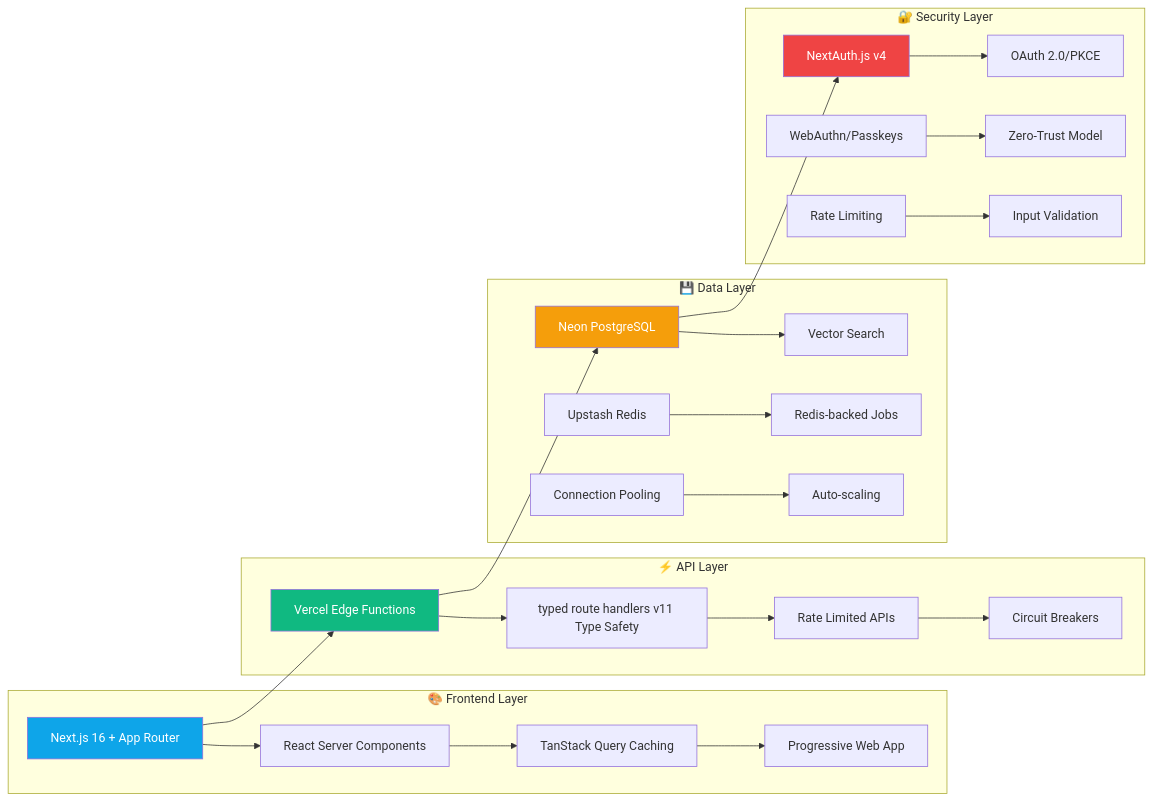
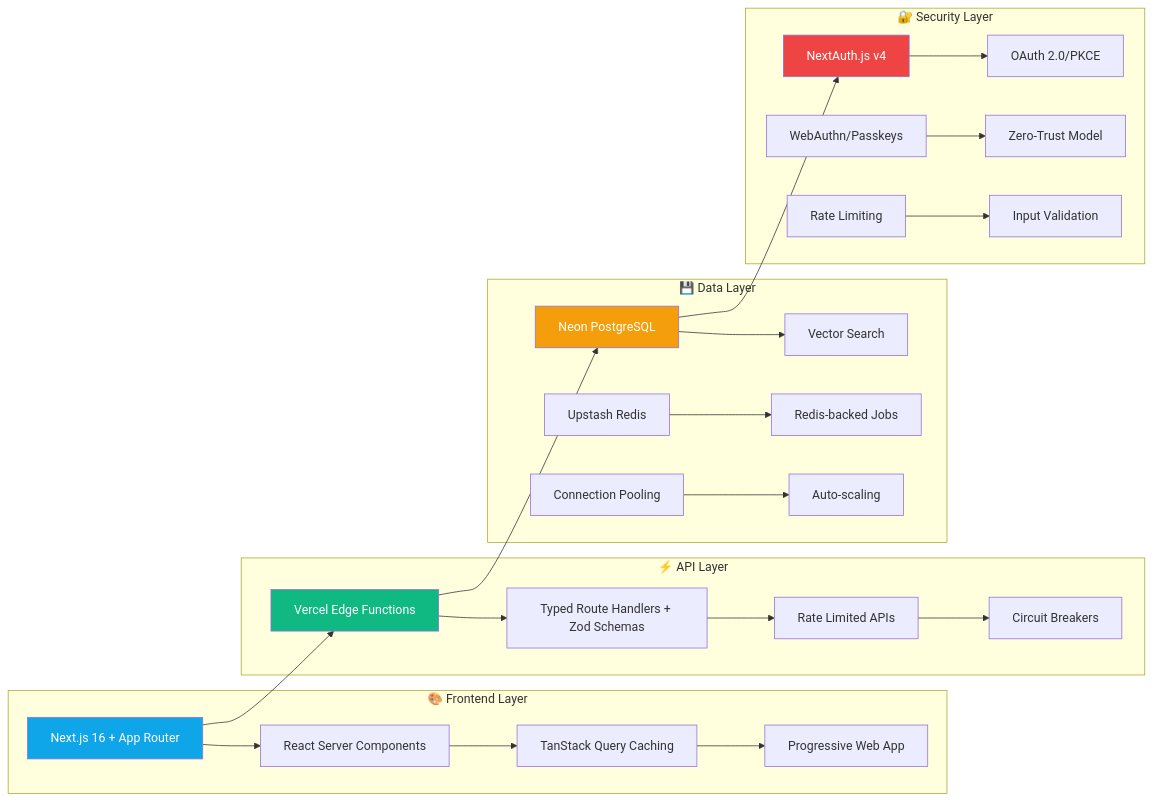
Before and after one commit to BjornMelin/contribux: the second of 4 diagrams in docs/executive-summary.md, drawn with Mermaid. The commit also changed other lines of this file and 17 other files, not shown here.

````diff
--- a/docs/executive-summary.md
+++ b/docs/executive-summary.md
@@ -66,35 +67,35 @@
 ```mermaid
 graph LR
     subgraph "🎨 Frontend Layer"
         A[Next.js 16 + App Router] --> B[React Server Components]
         B --> C[TanStack Query Caching]
         C --> D[Progressive Web App]
     end
     
     subgraph "⚡ API Layer"
-        E[Vercel Edge Functions] --> F[typed route handlers v11 Type Safety]
+        E[Vercel Edge Functions] --> F[Typed Route Handlers + Zod Schemas]
         F --> G[Rate Limited APIs]
         G --> H[Circuit Breakers]
     end
     
     subgraph "💾 Data Layer"
         I[Neon PostgreSQL] --> J[Vector Search]
         K[Upstash Redis] --> L[Redis-backed Jobs]
         M[Connection Pooling] --> N[Auto-scaling]
     end
     
     subgraph "🔐 Security Layer"
         O[NextAuth.js v4] --> P[OAuth 2.0/PKCE]
         Q[WebAuthn/Passkeys] --> R[Zero-Trust Model]
         S[Rate Limiting] --> T[Input Validation]
     end
     
     A --> E
     E --> I
     I --> O
     
     style A fill:#0EA5E9,color:#fff
     style E fill:#10B981,color:#fff
     style I fill:#F59E0B,color:#fff
     style O fill:#EF4444,color:#fff
 ```
````
